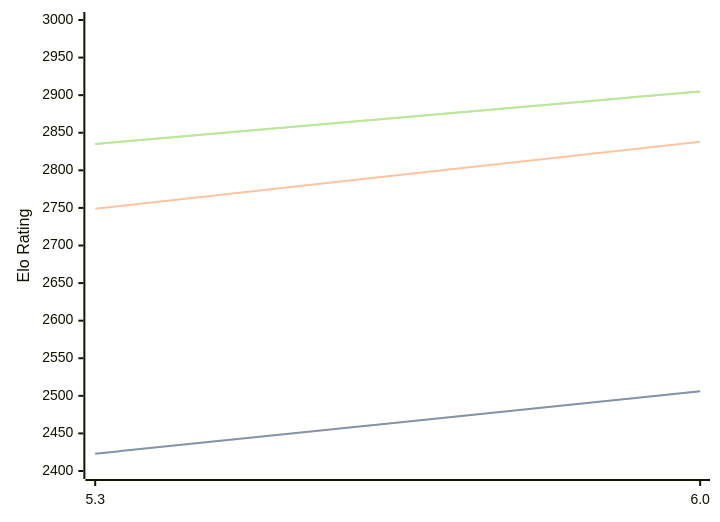
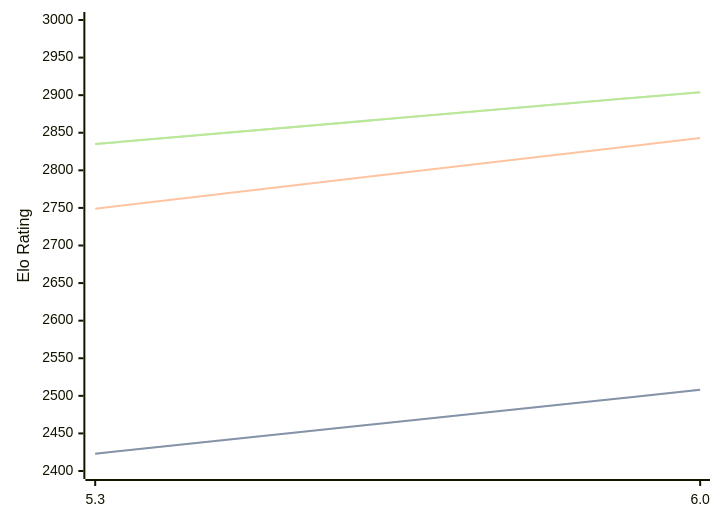
Before and after one commit to computer-chess-index/cci: the diagram in engines/tomitankChess.md, drawn with Mermaid. The commit also changed other lines of this file, not shown here.

Commit message:
Update CCI Ratings (ELO VLTC) - 2026-04-03

````diff
--- a/engines/tomitankChess.md
+++ b/engines/tomitankChess.md
@@ -40,11 +40,11 @@
 ```mermaid
 %%{init: {"theme":"base","themeVariables":{"seriesColors:['#a3a3a3','#222221','#faa371']}}}%%
 xychart-beta
   x-axis ["5.3", "6.0"]
   y-axis "Elo Rating" 2400 --> 3000
-  line "STC (8.0+0.08s)" [2423, 2506]
-  line "STC (8.0+0.08s)" [2423, 2506]
-  line "LTC (60.0+0.60s)" [2749, 2838]
-  line "VLTC (2m24s+1.12s)" [2835, 2905]
-  line "VLTC (2m24s+1.12s)" [2835, 2905]
+  line "STC (8.0+0.08s)" [2423, 2508]
+  line "STC (8.0+0.08s)" [2423, 2508]
+  line "LTC (60.0+0.60s)" [2749, 2843]
+  line "VLTC (2m24s+1.12s)" [2835, 2904]
+  line "VLTC (2m24s+1.12s)" [2835, 2904]
 ```
````
